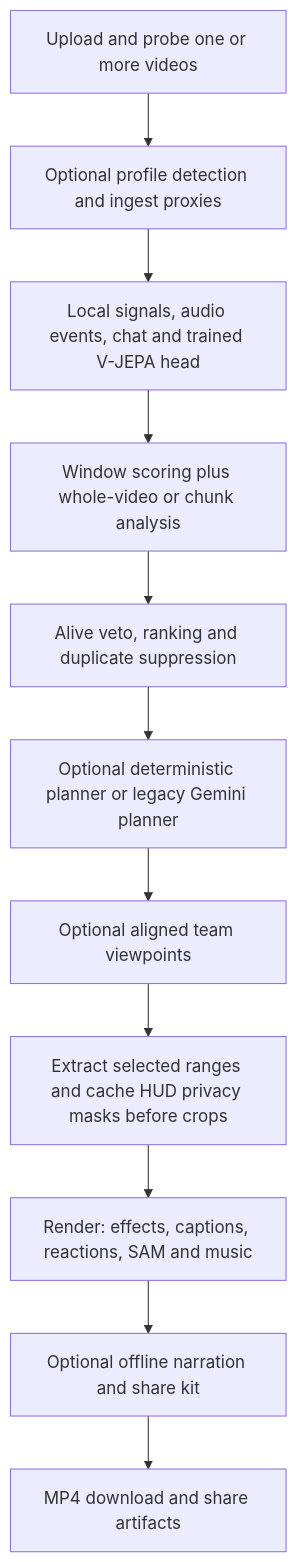
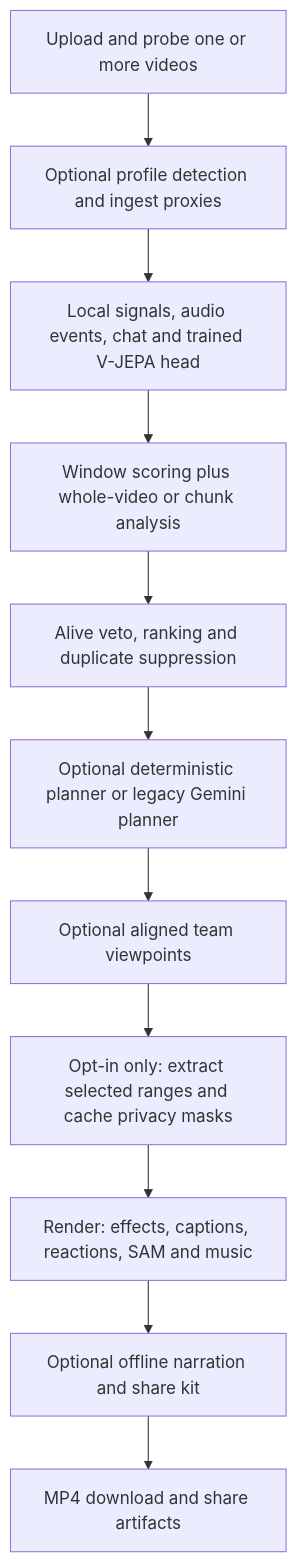
Before and after one commit to irajmoradi/hacklanta_2026_LIM: the diagram in docs/pipeline.md, drawn with Mermaid. The commit also changed other lines of this file and 11 other files, not shown here.

````diff
--- a/docs/pipeline.md
+++ b/docs/pipeline.md
@@ -7,13 +7,13 @@
 ```mermaid
 flowchart TD
   A[Upload and probe one or more videos] --> B[Optional profile detection and ingest proxies]
   B --> C[Local signals, audio events, chat and trained V-JEPA head]
   C --> D[Window scoring plus whole-video or chunk analysis]
   D --> E[Alive veto, ranking and duplicate suppression]
   E --> F[Optional deterministic planner or legacy Gemini planner]
   F --> G[Optional aligned team viewpoints]
-  G --> H[Extract selected ranges and cache HUD privacy masks before crops]
+  G --> H[Opt-in only: extract selected ranges and cache privacy masks]
   H --> I[Render: effects, captions, reactions, SAM and music]
   I --> J[Optional offline narration and share kit]
   J --> K[MP4 download and share artifacts]
 ```
````
